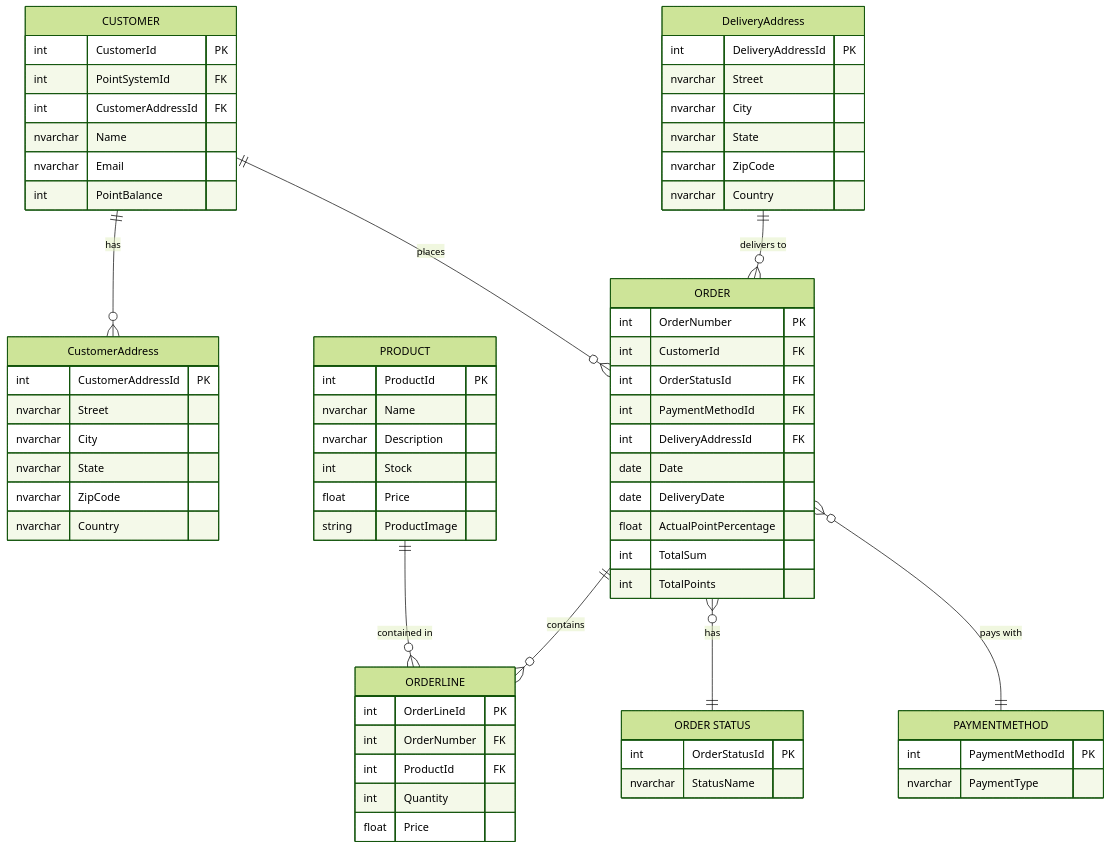
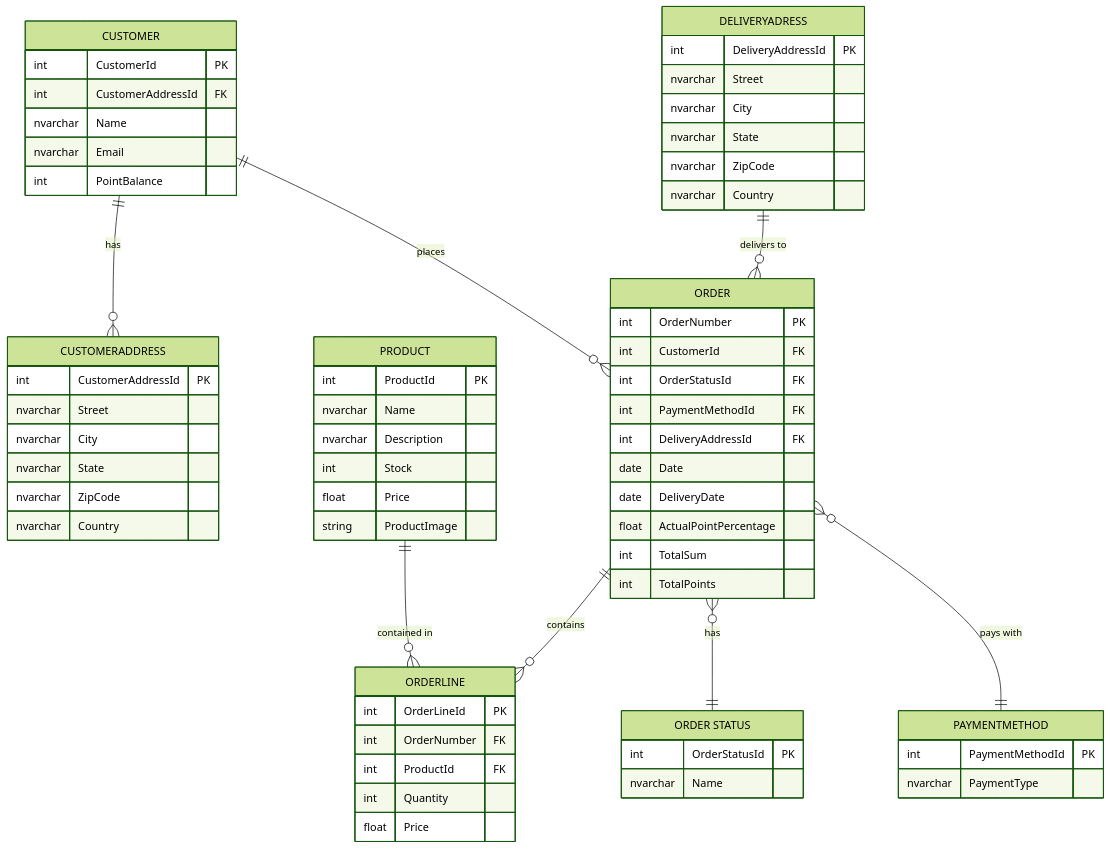
One commit to A-Iversen/Webshop changed the diagram in Webshop.Application/DataBaseModel.mmd. Above: the diagram before and after it, drawn with Mermaid (forest theme).

Commit message:
Made some naming changes

```diff
--- a/Webshop.Application/DataBaseModel.mmd
+++ b/Webshop.Application/DataBaseModel.mmd
@@ -1,70 +1,69 @@
 erDiagram
     CUSTOMER {
         int CustomerId PK
-        int PointSystemId FK
         int CustomerAddressId FK
         nvarchar Name
         nvarchar Email
         int PointBalance
     }
-    DeliveryAddress {
+    DELIVERYADRESS {
         int DeliveryAddressId PK
         nvarchar Street
         nvarchar City
         nvarchar State
         nvarchar ZipCode
         nvarchar Country
     }
-    CustomerAddress{
+    CUSTOMERADDRESS{
         int CustomerAddressId PK
         nvarchar Street
         nvarchar City
         nvarchar State
         nvarchar ZipCode
         nvarchar Country
     }
 
     "ORDER" {
         int OrderNumber PK
         int CustomerId FK
         int OrderStatusId FK
         int PaymentMethodId FK
         int DeliveryAddressId FK
         date Date
         date DeliveryDate
         float ActualPointPercentage
         int TotalSum
         int TotalPoints
     }
     ORDERLINE {
         int OrderLineId PK
         int OrderNumber FK
         int ProductId FK
         int Quantity
         float Price
     }
     PRODUCT {
         int ProductId PK
         nvarchar Name
         nvarchar Description
         int Stock
         float Price
         string ProductImage
     }
      PAYMENTMETHOD {
         int PaymentMethodId PK
         nvarchar PaymentType
     }
     "ORDER STATUS"{
         int OrderStatusId PK
-        nvarchar StatusName
+        nvarchar Name
     }
 
 
     CUSTOMER ||--o{ "ORDER" : "places"
     PRODUCT ||--o{ ORDERLINE : "contained in"
     "ORDER" ||--o{ ORDERLINE : "contains"
     "ORDER" }o--|| "ORDER STATUS" : "has"
     "ORDER" }o--|| PAYMENTMETHOD : "pays with"
-    CUSTOMER ||--o{ CustomerAddress : "has"
-    DeliveryAddress ||--o{ "ORDER" : "delivers to"
+    CUSTOMER ||--o{ CUSTOMERADDRESS : "has"
+    DELIVERYADRESS ||--o{ "ORDER" : "delivers to"
```
